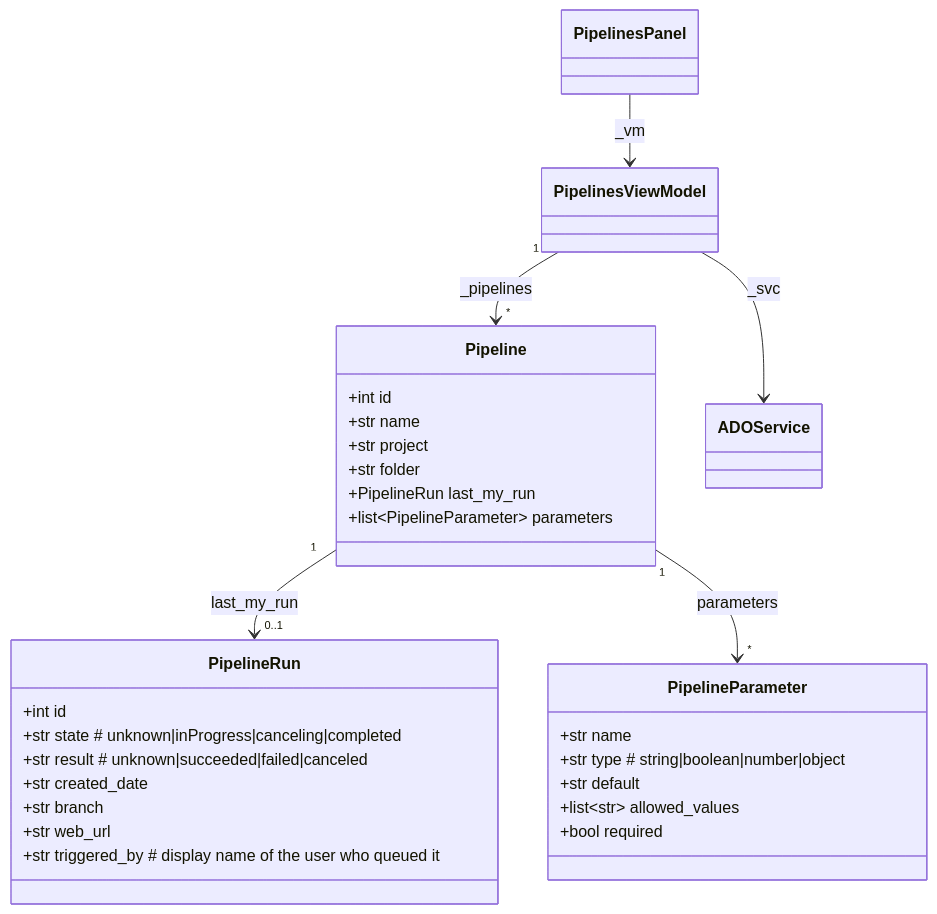
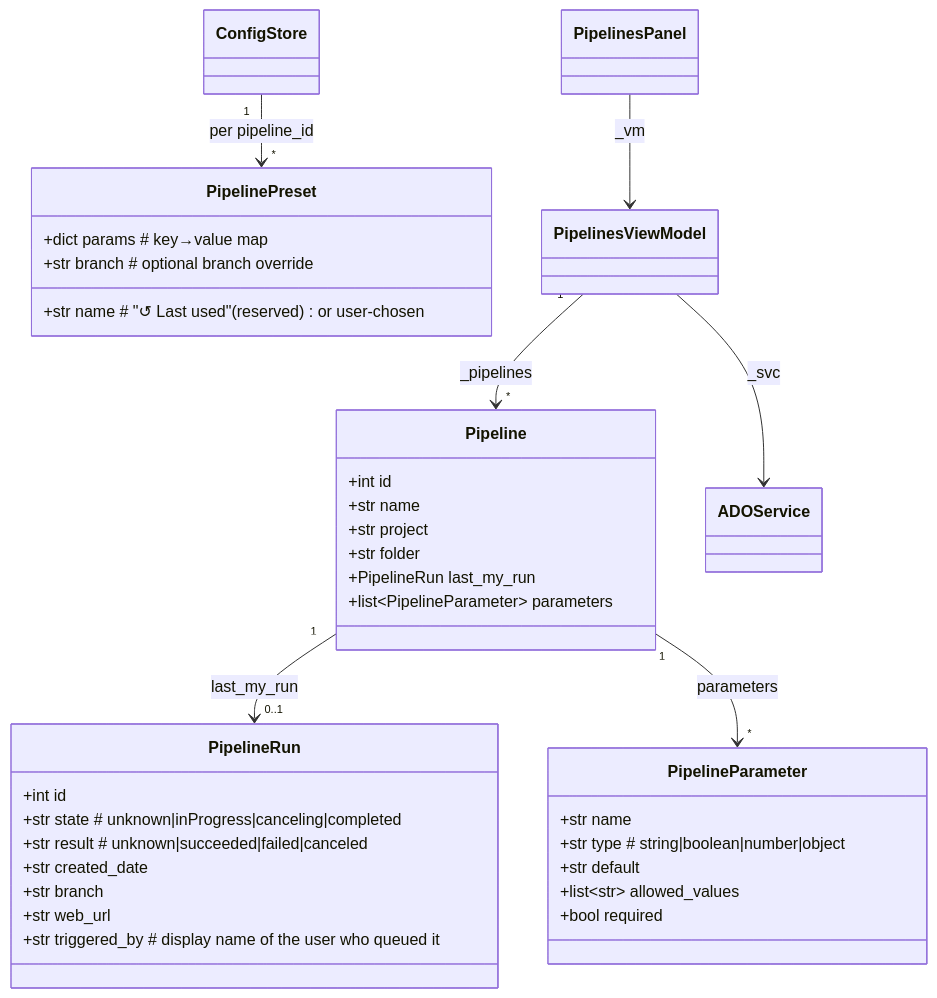
The third of 3 diagrams in worktree-manager/autobot-ado-pipelines.md (ahmedhhw/Orchestrator), drawn with Mermaid before and after one commit. The commit also changed other lines of this file and 10 other files, not shown here.

````diff
--- a/worktree-manager/autobot-ado-pipelines.md
+++ b/worktree-manager/autobot-ado-pipelines.md
@@ -272,32 +367,38 @@
 ```mermaid
 classDiagram
     class Pipeline {
         +int id
         +str name
         +str project
         +str folder
         +PipelineRun last_my_run
         +list~PipelineParameter~ parameters
     }
     class PipelineRun {
         +int id
         +str state   # unknown|inProgress|canceling|completed
         +str result  # unknown|succeeded|failed|canceled
         +str created_date
         +str branch
         +str web_url
         +str triggered_by  # display name of the user who queued it
     }
     class PipelineParameter {
         +str name
         +str type       # string|boolean|number|object
         +str default
         +list~str~ allowed_values
         +bool required
     }
+    class PipelinePreset {
+        +str name        # "↺ Last used" (reserved) or user-chosen
+        +dict params     # key→value map
+        +str branch      # optional branch override
+    }
     Pipeline "1" --> "0..1" PipelineRun : last_my_run
     Pipeline "1" --> "*" PipelineParameter : parameters
     PipelinesViewModel "1" --> "*" Pipeline : _pipelines
     PipelinesViewModel --> ADOService : _svc
     PipelinesPanel --> PipelinesViewModel : _vm
+    ConfigStore "1" --> "*" PipelinePreset : per pipeline_id
 ```
````
